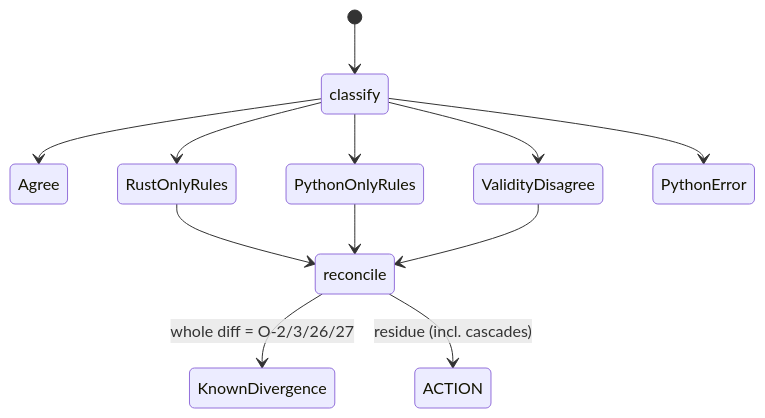
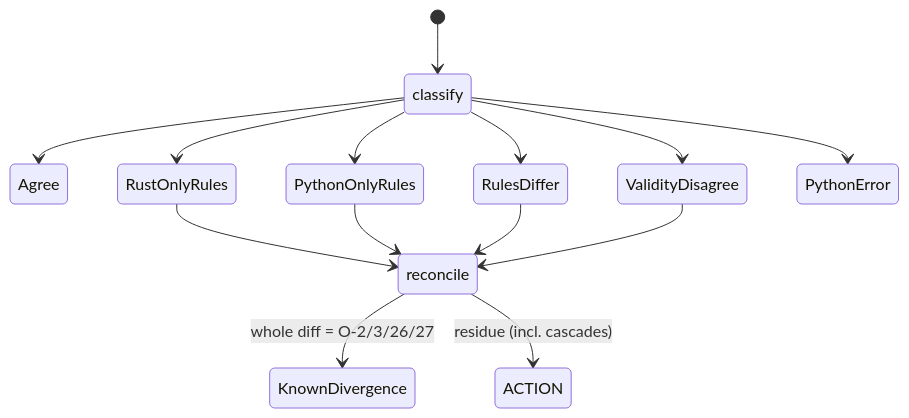
Before and after one commit to niko86/laterite: the diagram in ags-wiki/concepts/parity-model.md, drawn with Mermaid. The commit also changed other lines of this file and 5 other files, not shown here.

````diff
--- a/ags-wiki/concepts/parity-model.md
+++ b/ags-wiki/concepts/parity-model.md
@@ -39,14 +43,16 @@
 ```mermaid
 stateDiagram-v2
   [*] --> classify
   classify --> Agree
   classify --> RustOnlyRules
   classify --> PythonOnlyRules
+  classify --> RulesDiffer
   classify --> ValidityDisagree
   classify --> PythonError
   RustOnlyRules --> reconcile
   PythonOnlyRules --> reconcile
+  RulesDiffer --> reconcile
   ValidityDisagree --> reconcile
   reconcile --> KnownDivergence : whole diff = O-2/3/26/27
   reconcile --> ACTION : residue (incl. cascades)
 ```
````
